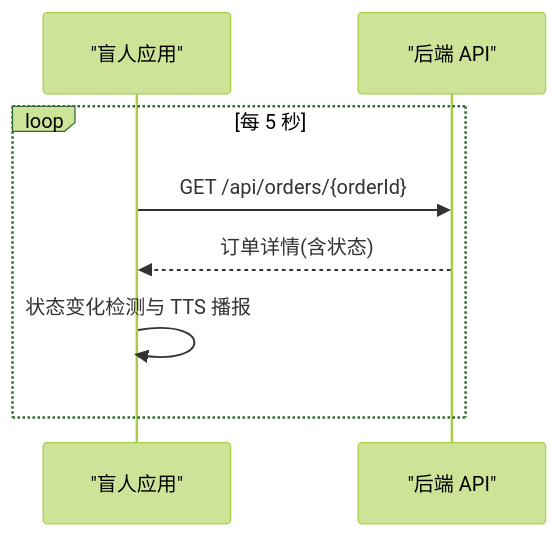
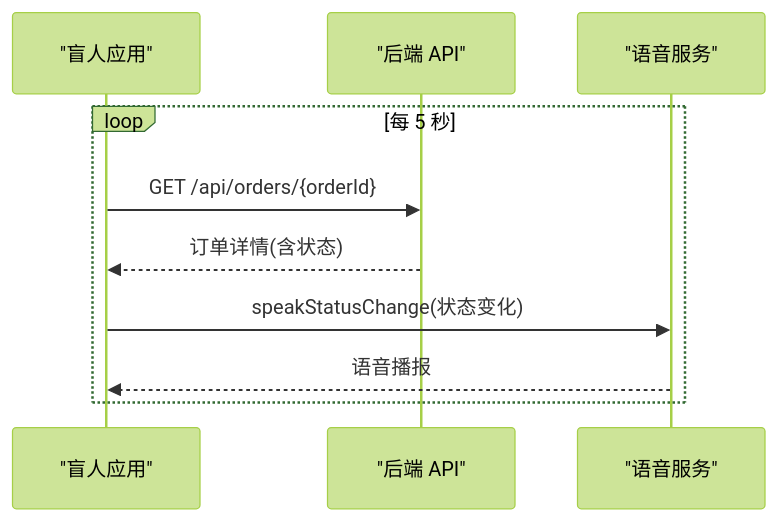
One commit to Jayden23018/blind-run-ios changed the tenth of 12 diagrams in .qoder/repowiki/zh/content/核心功能模块/志愿者功能/志愿者功能.md. Above: the diagram before and after it, drawn with Mermaid (forest theme). The commit also changed other lines of this file and 11 other files, not shown here.

Commit message:
Unify emergency safety flow and status handling

````diff
--- a/.qoder/repowiki/zh/content/核心功能模块/志愿者功能/志愿者功能.md
+++ b/.qoder/repowiki/zh/content/核心功能模块/志愿者功能/志愿者功能.md
@@ -344,10 +492,12 @@
 ```mermaid
 sequenceDiagram
 participant BR as "盲人应用"
 participant API as "后端 API"
+participant SS as "语音服务"
 loop 每 5 秒
 BR->>API : GET /api/orders/{orderId}
 API-->>BR : 订单详情(含状态)
-BR->>BR : 状态变化检测与 TTS 播报
+BR->>SS : speakStatusChange(状态变化)
+SS-->>BR : 语音播报
 end
 ```
````
